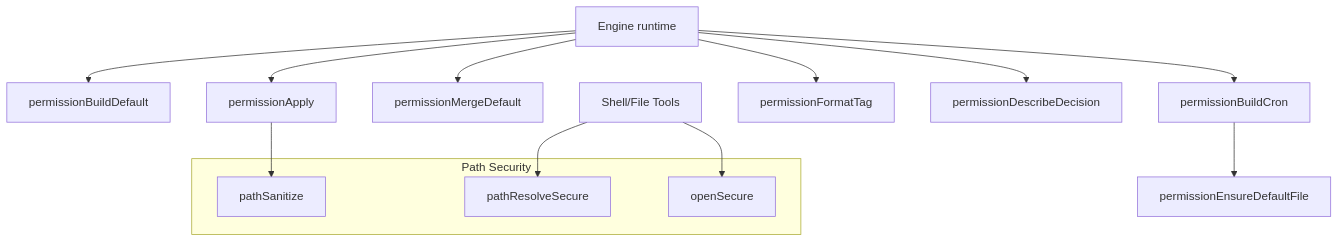
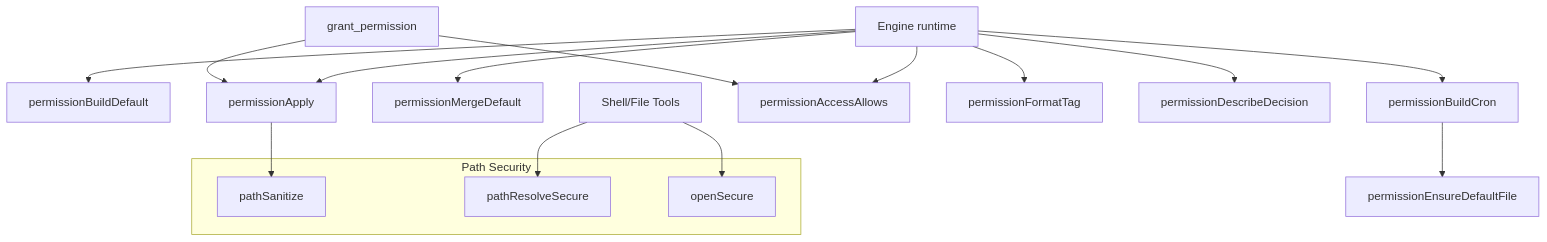
The first of 4 diagrams in docs/permissions.md (ex3ndr-bot/daycare), drawn with Mermaid before and after one commit. The commit also changed other lines of this file and 7 other files, not shown here.

````diff
--- a/docs/permissions.md
+++ b/docs/permissions.md
@@ -5,20 +5,23 @@
 ```mermaid
 flowchart TD
   Engine[Engine runtime] --> Default[permissionBuildDefault]
   Engine --> Cron[permissionBuildCron]
   Cron --> Ensure[permissionEnsureDefaultFile]
   Engine --> Merge[permissionMergeDefault]
   Engine --> Apply[permissionApply]
+  Engine --> Allows[permissionAccessAllows]
   Engine --> Tag[permissionFormatTag]
   Engine --> Describe[permissionDescribeDecision]
 
   subgraph Security[Path Security]
     Sanitize[pathSanitize]
     Resolve[pathResolveSecure]
     Open[openSecure]
   end
 
   Apply --> Sanitize
   Tools[Shell/File Tools] --> Resolve
   Tools --> Open
+  GrantTool[grant_permission] --> Allows
+  GrantTool --> Apply
 ```
````
